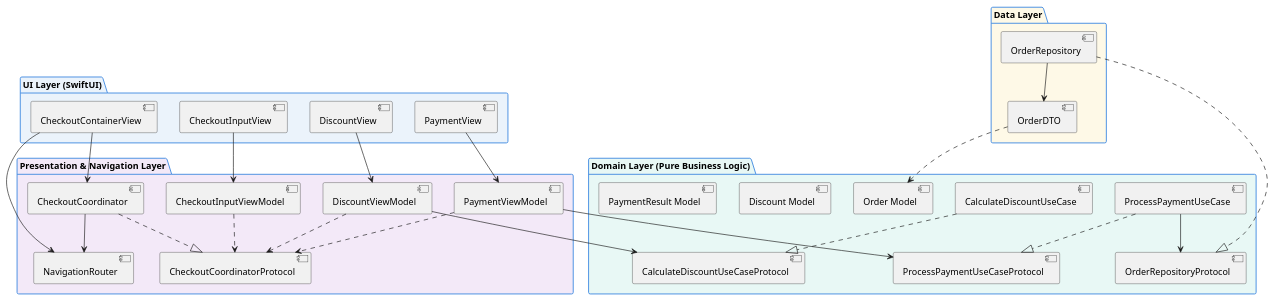
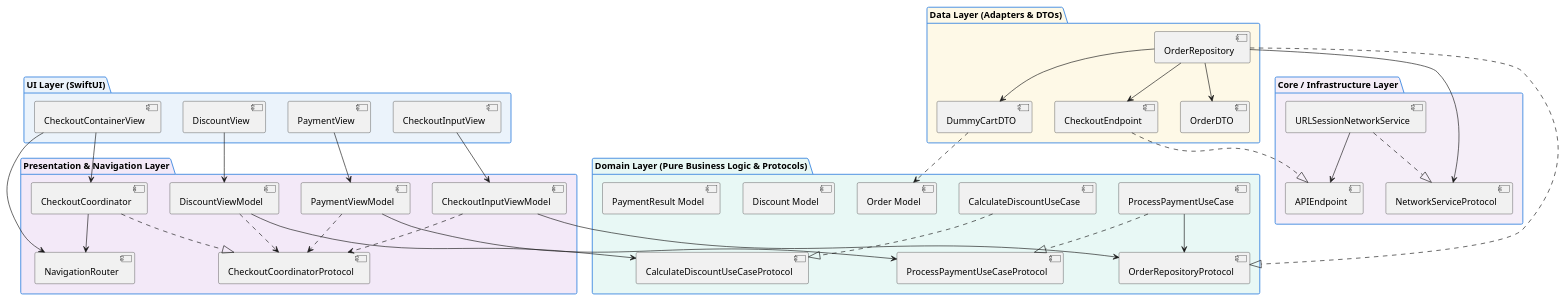
Before and after one commit to lwrnczeng/MVVMC-Blueprint: the second of 4 diagrams in Diagrams/architecture_diagrams.md, drawn with PlantUML. The commit also changed other lines of this file and 20 other files, not shown here.

Commit message:
updated code and diagrames

````diff
--- a/Diagrams/architecture_diagrams.md
+++ b/Diagrams/architecture_diagrams.md
@@ -65,64 +81,80 @@
 ```plantuml
 @startuml LayerDependencies
 skinparam packageBackgroundColor #F8F9FA
 skinparam packageBorderColor #4A90E2
 
 package "UI Layer (SwiftUI)" #EBF3FB {
     [CheckoutContainerView]
     [CheckoutInputView]
     [DiscountView]
     [PaymentView]
 }
 
 package "Presentation & Navigation Layer" #F3E9F8 {
     [NavigationRouter]
     [CheckoutCoordinator]
     [CheckoutCoordinatorProtocol] as CoordProto
     [CheckoutInputViewModel]
     [DiscountViewModel]
     [PaymentViewModel]
 }
 
-package "Domain Layer (Pure Business Logic)" #E8F8F5 {
+package "Domain Layer (Pure Business Logic & Protocols)" #E8F8F5 {
     [OrderRepositoryProtocol] as RepoProto
     [CalculateDiscountUseCaseProtocol] as CalcUseCaseProto
     [ProcessPaymentUseCaseProtocol] as PayUseCaseProto
     [CalculateDiscountUseCase]
     [ProcessPaymentUseCase]
     [Order Model] as Order
     [Discount Model] as Discount
     [PaymentResult Model] as PaymentResult
 }
 
-package "Data Layer" #FEF9E7 {
+package "Data Layer (Adapters & DTOs)" #FEF9E7 {
     [OrderRepository]
+    [CheckoutEndpoint]
+    [DummyCartDTO]
     [OrderDTO]
+}
+
+package "Core / Infrastructure Layer" #F5EEF8 {
+    [NetworkServiceProtocol] as NetProto
+    [URLSessionNetworkService]
+    [APIEndpoint]
 }
 
 ' Relationships
 [CheckoutContainerView] --> [NavigationRouter]
 [CheckoutContainerView] --> [CheckoutCoordinator]
 [CheckoutInputView] --> [CheckoutInputViewModel]
 [DiscountView] --> [DiscountViewModel]
 [PaymentView] --> [PaymentViewModel]
 
 [CheckoutInputViewModel] ..> CoordProto
+[CheckoutInputViewModel] --> RepoProto
 [DiscountViewModel] ..> CoordProto
 [PaymentViewModel] ..> CoordProto
 
 [CheckoutCoordinator] ..|> CoordProto
 [CheckoutCoordinator] --> [NavigationRouter]
 
 [DiscountViewModel] --> CalcUseCaseProto
 [PaymentViewModel] --> PayUseCaseProto
 
 [CalculateDiscountUseCase] ..|> CalcUseCaseProto
 [ProcessPaymentUseCase] ..|> PayUseCaseProto
 [ProcessPaymentUseCase] --> RepoProto
 
 [OrderRepository] ..|> RepoProto
+[OrderRepository] --> [CheckoutEndpoint]
+[OrderRepository] --> NetProto
+[OrderRepository] --> [DummyCartDTO]
 [OrderRepository] --> [OrderDTO]
-[OrderDTO] ..> Order
+[CheckoutEndpoint] ..|> [APIEndpoint]
+[DummyCartDTO] ..> Order
+
+[URLSessionNetworkService] ..|> NetProto
+[URLSessionNetworkService] --> [APIEndpoint]
 
 @enduml
 ```
````
